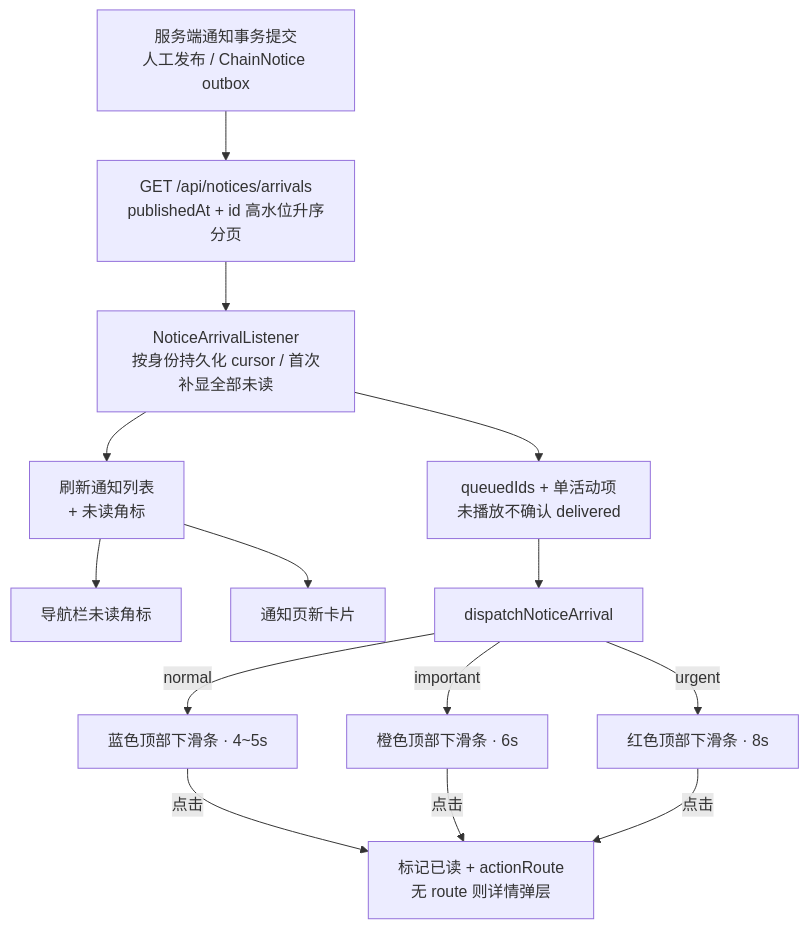
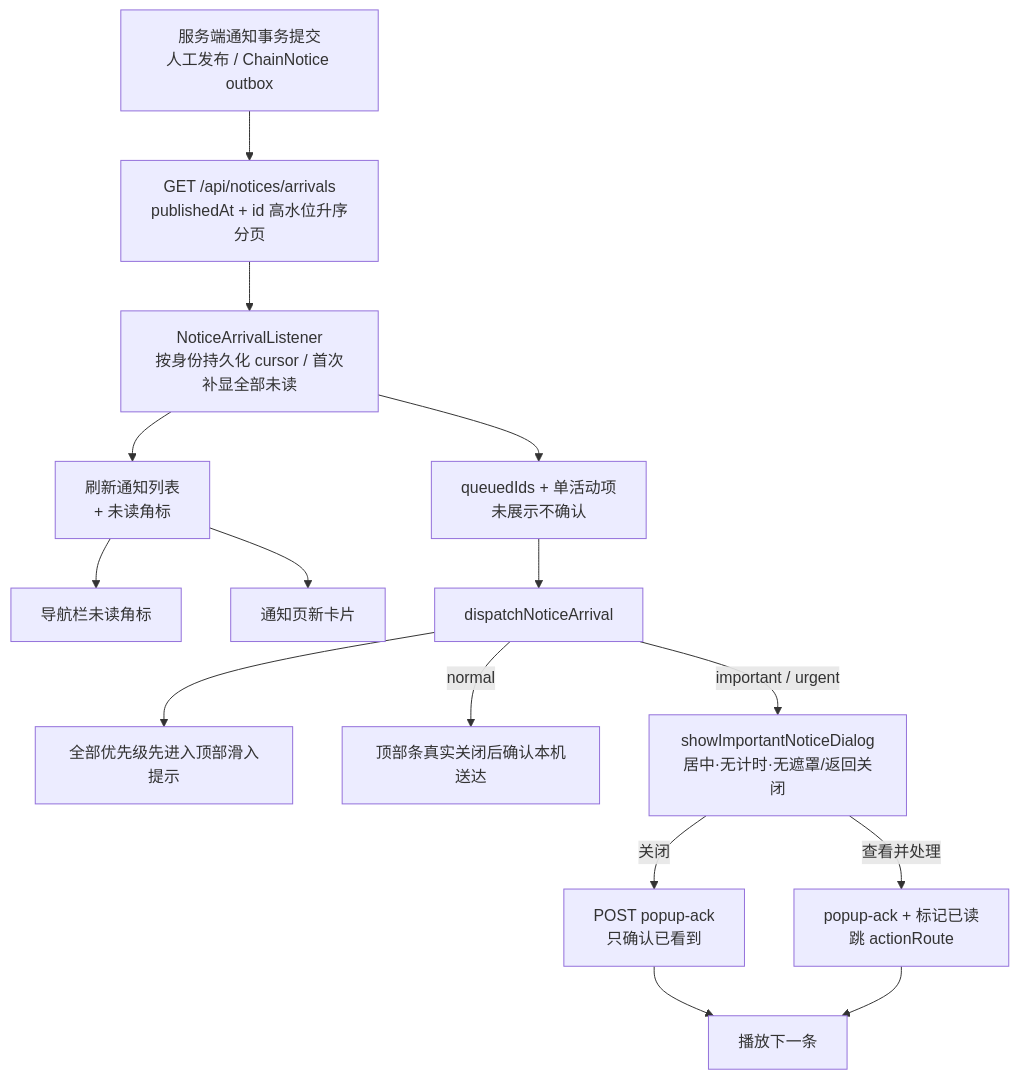
The diagram in docs/02-组件库/UtenNotify.md (BruceChu0424/utenelec_imp), drawn with Mermaid before and after one commit. The commit also changed other lines of this file and 952 other files, not shown here.

````diff
--- a/docs/02-组件库/UtenNotify.md
+++ b/docs/02-组件库/UtenNotify.md
@@ -199,14 +211,16 @@
 ```mermaid
 flowchart TD
     T[服务端通知事务提交<br/>人工发布 / ChainNotice outbox] --> FEED[GET /api/notices/arrivals<br/>publishedAt + id 高水位升序分页]
     FEED --> BASE[NoticeArrivalListener<br/>按身份持久化 cursor / 首次补显全部未读]
     BASE --> INV[刷新通知列表<br/>+ 未读角标]
     INV --> BADGE[导航栏未读角标]
     INV --> LIST[通知页新卡片]
-    BASE --> QUEUE[queuedIds + 单活动项<br/>未播放不确认 delivered]
+    BASE --> QUEUE[queuedIds + 单活动项<br/>未展示不确认]
     QUEUE --> DISP[dispatchNoticeArrival]
-    DISP -->|normal| B1[蓝色顶部下滑条 · 4~5s]
-    DISP -->|important| B2[橙色顶部下滑条 · 6s]
-    DISP -->|urgent| B3[红色顶部下滑条 · 8s]
-    B1 & B2 & B3 -->|点击| DETAIL[标记已读 + actionRoute<br/>无 route 则详情弹层]
+    DISP --> TOP[全部优先级先进入顶部滑入提示]
+    DISP -->|normal| DELIVER[顶部条真实关闭后确认本机送达]
+    DISP -->|important / urgent| CENTER[showImportantNoticeDialog<br/>居中·无计时·无遮罩/返回关闭]
+    CENTER -->|关闭| ACK[POST popup-ack<br/>只确认已看到]
+    CENTER -->|查看并处理| READ[popup-ack + 标记已读<br/>跳 actionRoute]
+    ACK & READ --> NEXT[播放下一条]
 ```
````
